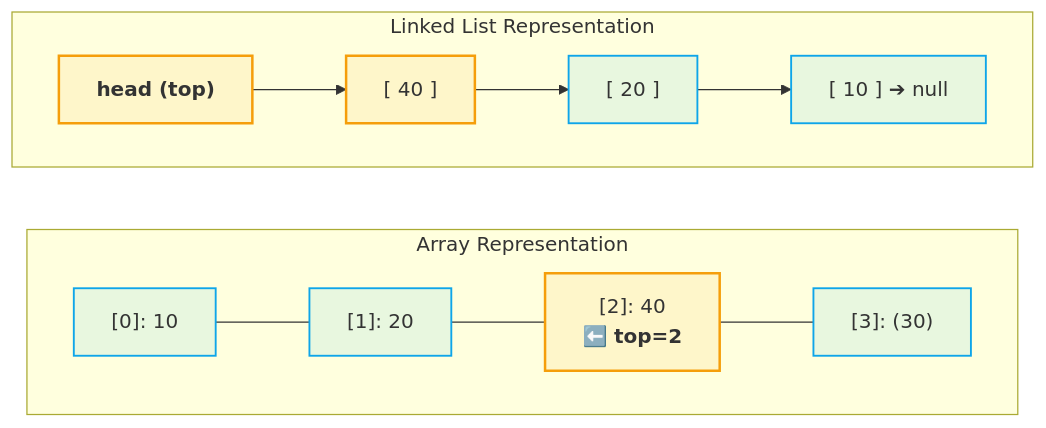
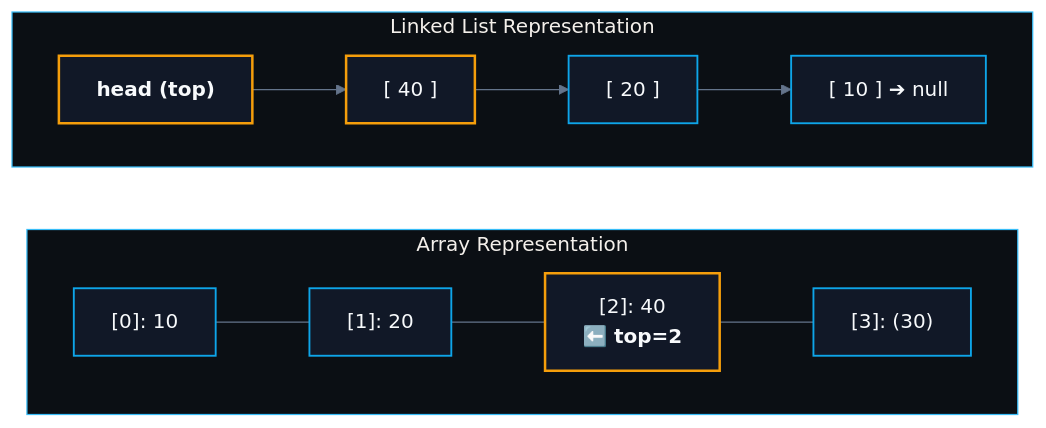
Before and after one commit to abhinavbharti2345/CS_Notes: the fifth of 5 diagrams in CS/DSA/06. Stacks & Queues/02. Stack Implementation from Scratch.md, drawn with Mermaid. The commit also changed other lines of this file and 195 other files, not shown here.

````diff
--- a/CS/DSA/06. Stacks & Queues/02. Stack Implementation from Scratch.md
+++ b/CS/DSA/06. Stacks & Queues/02. Stack Implementation from Scratch.md
@@ -316,17 +320,18 @@
 ```mermaid
+%%{init: {'theme': 'base', 'themeVariables': { 'darkMode': true, 'background': '#0B0F14', 'mainBkg': '#111827', 'primaryColor': '#111827', 'primaryTextColor': '#F8FAFC', 'primaryBorderColor': '#38BDF8', 'lineColor': '#64748B', 'secondaryColor': '#0B0F14', 'tertiaryColor': '#0B0F14', 'clusterBkg': '#0B0F14', 'clusterBorder': '#38BDF8' }}}%%
 flowchart LR
     subgraph ArrayState ["Array Representation"]
         direction LR
         A0["[0]: 10"] --- A1["[1]: 20"] --- A2["[2]: 40<br/>⬅️ <b>top=2</b>"] --- A3["[3]: (30)"]
     end
 
     subgraph LLState ["Linked List Representation"]
         direction LR
         H["<b>head (top)</b>"] --> L40["[ 40 ]"] --> L20["[ 20 ]"] --> L10["[ 10 ] ➔ null"]
     end
 
-    classDef topC fill:#f59e0b18,stroke:#f59e0b,stroke-width:2px;
-    classDef bodyC fill:#0ea5e918,stroke:#0ea5e9,stroke-width:1.5px;
+    classDef topC fill:#111827,stroke:#f59e0b,stroke-width:2px,color:#F8FAFC;
+    classDef bodyC fill:#111827,stroke:#0ea5e9,stroke-width:1.5px,color:#F8FAFC;
     class A2,H,L40 topC;
     class A0,A1,A3,L20,L10 bodyC;
 ```
````
